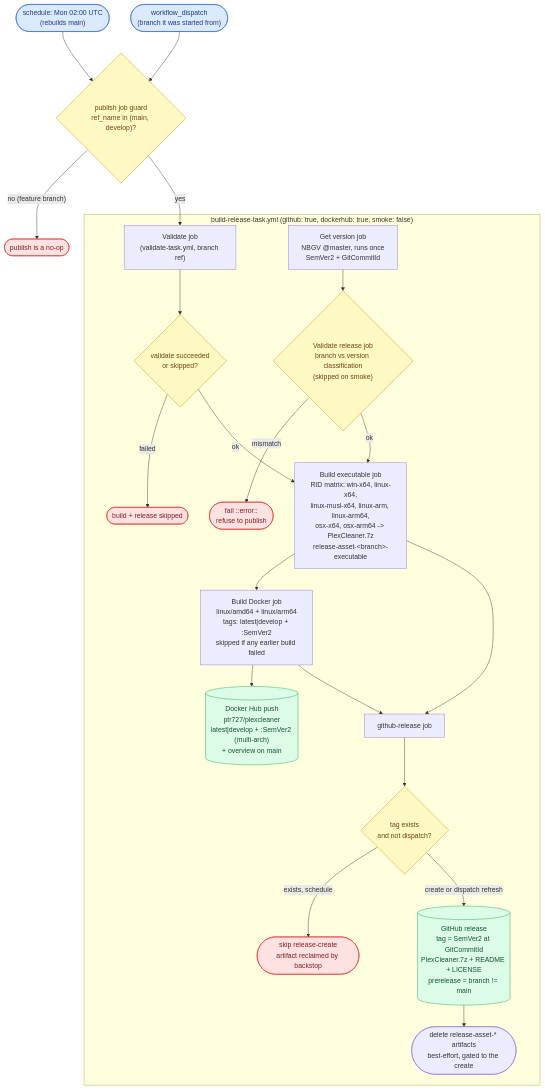
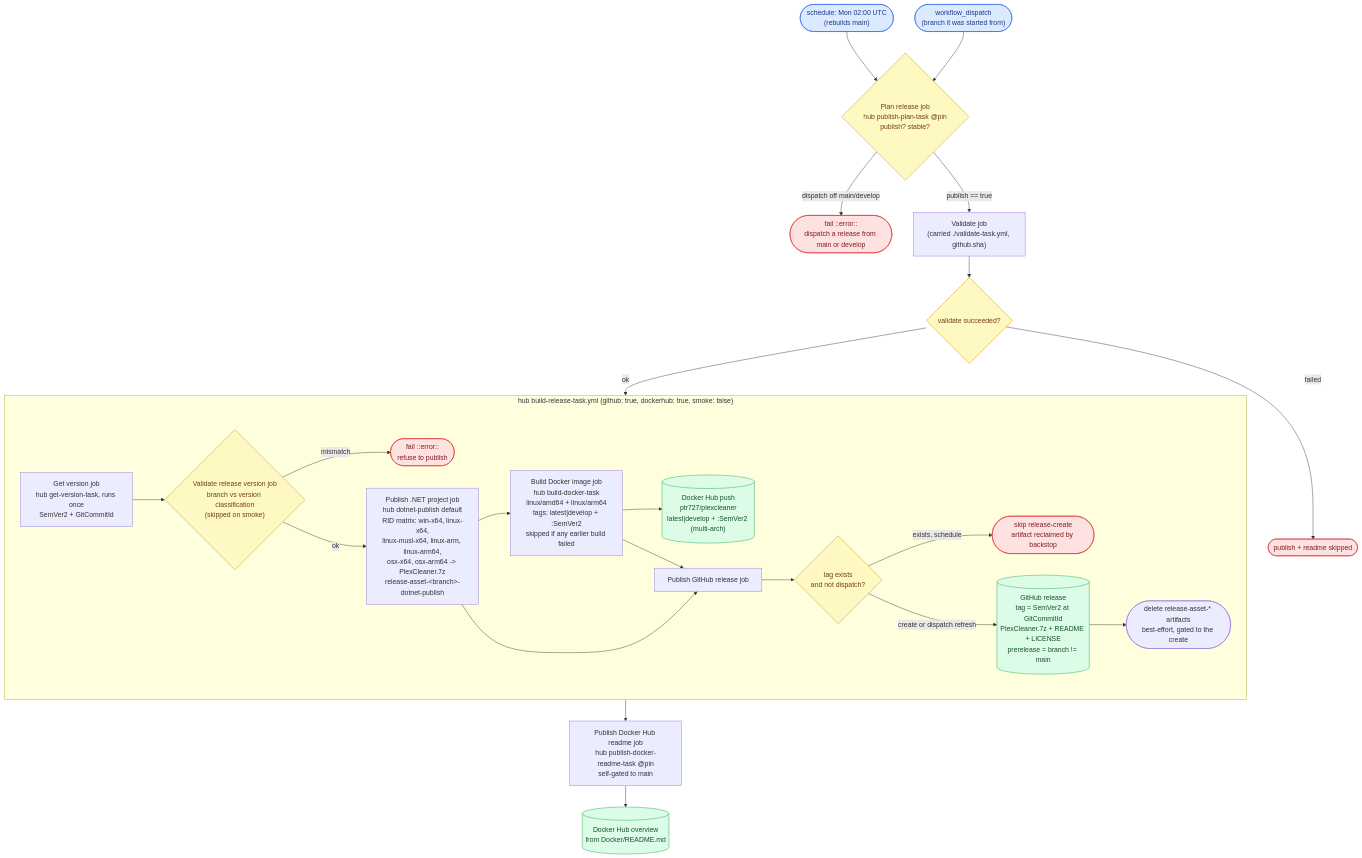
Before and after one commit to ptr727/PlexCleaner: the second of 3 diagrams in WORKFLOW.md, drawn with Mermaid. The commit also changed other lines of this file and 11 other files, not shown here.

````diff
--- a/WORKFLOW.md
+++ b/WORKFLOW.md
@@ -222,31 +248,33 @@
 ```mermaid
 flowchart TD
     SCH(["schedule: Mon 02:00 UTC<br/>(rebuilds main)"]):::trig --> PG
     DSP(["workflow_dispatch<br/>(branch it was started from)"]):::trig --> PG
-    PG{"publish job guard<br/>ref_name in (main, develop)?"}:::gate
-    PG -- "no (feature branch)" --> PSKIP(["publish is a no-op"]):::stop
-    PG -- "yes" --> VAL
-    subgraph BRT ["build-release-task.yml (github: true, dockerhub: true, smoke: false)"]
-        VAL["Validate job<br/>(validate-task.yml, branch ref)"] --> VG{"validate succeeded<br/>or skipped?"}:::gate
-        VG -- "failed" --> VFAIL(["build + release skipped"]):::stop
-        GV["Get version job<br/>NBGV @master, runs once<br/>SemVer2 + GitCommitId"]
-        GV --> VR{"Validate release job<br/>branch vs version classification<br/>(skipped on smoke)"}:::gate
+    PG{"Plan release job<br/>hub publish-plan-task @pin<br/>publish? stable?"}:::gate
+    PG -- "dispatch off main/develop" --> PSKIP(["fail ::error::<br/>dispatch a release from main or develop"]):::stop
+    PG -- "publish == true" --> VAL
+    VAL["Validate job<br/>(carried ./validate-task.yml, github.sha)"] --> VG{"validate succeeded?"}:::gate
+    VG -- "failed" --> VFAIL(["publish + readme skipped"]):::stop
+    VG -- "ok" --> BRT
+    subgraph BRT ["hub build-release-task.yml (github: true, dockerhub: true, smoke: false)"]
+        GV["Get version job<br/>hub get-version-task, runs once<br/>SemVer2 + GitCommitId"]
+        GV --> VR{"Validate release version job<br/>branch vs version classification<br/>(skipped on smoke)"}:::gate
         VR -- "mismatch" --> VRX(["fail ::error::<br/>refuse to publish"]):::stop
-        VG -- "ok" --> BE
         VR -- "ok" --> BE
-        BE["Build executable job<br/>RID matrix: win-x64, linux-x64,<br/>linux-musl-x64, linux-arm, linux-arm64,<br/>osx-x64, osx-arm64 -> PlexCleaner.7z<br/>release-asset-&lt;branch&gt;-executable"]
+        BE["Publish .NET project job<br/>hub dotnet-publish default<br/>RID matrix: win-x64, linux-x64,<br/>linux-musl-x64, linux-arm, linux-arm64,<br/>osx-x64, osx-arm64 -> PlexCleaner.7z<br/>release-asset-&lt;branch&gt;-dotnet-publish"]
         BE --> BD
-        BD["Build Docker job<br/>linux/amd64 + linux/arm64<br/>tags: latest|develop + :SemVer2<br/>skipped if any earlier build failed"]
-        BD --> DH[("Docker Hub push<br/>ptr727/plexcleaner<br/>latest|develop + :SemVer2 (multi-arch)<br/>+ overview on main")]:::pub
+        BD["Build Docker image job<br/>hub build-docker-task<br/>linux/amd64 + linux/arm64<br/>tags: latest|develop + :SemVer2<br/>skipped if any earlier build failed"]
+        BD --> DH[("Docker Hub push<br/>ptr727/plexcleaner<br/>latest|develop + :SemVer2 (multi-arch)")]:::pub
         BE --> GR
         BD --> GR
-        GR["github-release job"] --> EX{"tag exists<br/>and not dispatch?"}:::gate
+        GR["Publish GitHub release job"] --> EX{"tag exists<br/>and not dispatch?"}:::gate
         EX -- "exists, schedule" --> NOP(["skip release-create<br/>artifact reclaimed by backstop"]):::stop
         EX -- "create or dispatch refresh" --> REL[("GitHub release<br/>tag = SemVer2 at GitCommitId<br/>PlexCleaner.7z + README + LICENSE<br/>prerelease = branch != main")]:::pub
         REL --> CLN(["delete release-asset-* artifacts<br/>best-effort, gated to the create"])
     end
+    BRT --> RM["Publish Docker Hub readme job<br/>hub publish-docker-readme-task @pin<br/>self-gated to main"]
+    RM --> OVW[("Docker Hub overview<br/>from Docker/README.md")]:::pub
     classDef trig fill:#dbeafe,stroke:#2563eb,color:#1e3a8a
     classDef gate fill:#fef9c3,stroke:#ca8a04,color:#713f12
     classDef pub fill:#dcfce7,stroke:#16a34a,color:#14532d
     classDef stop fill:#fee2e2,stroke:#dc2626,color:#7f1d1d
 ```
````
